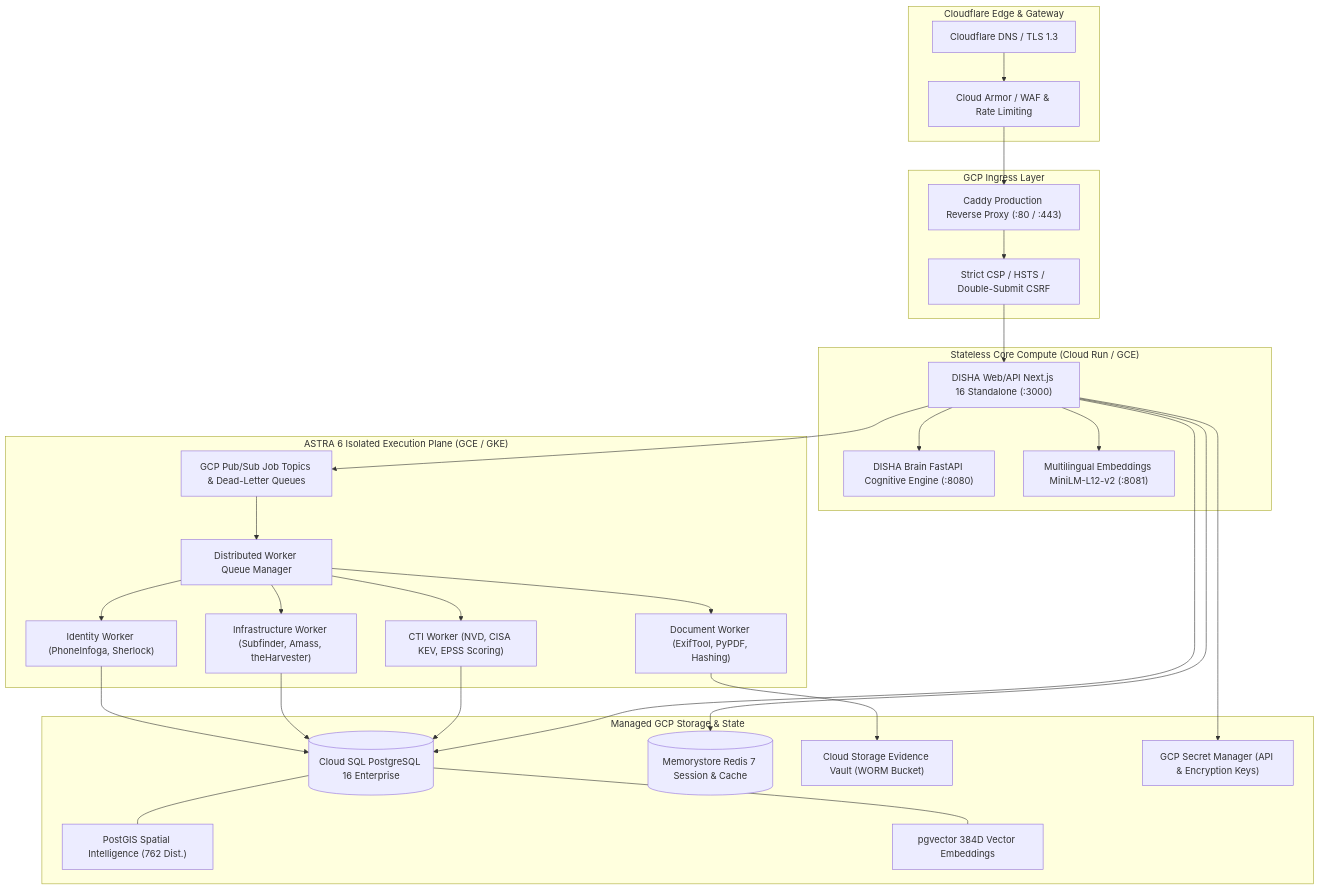
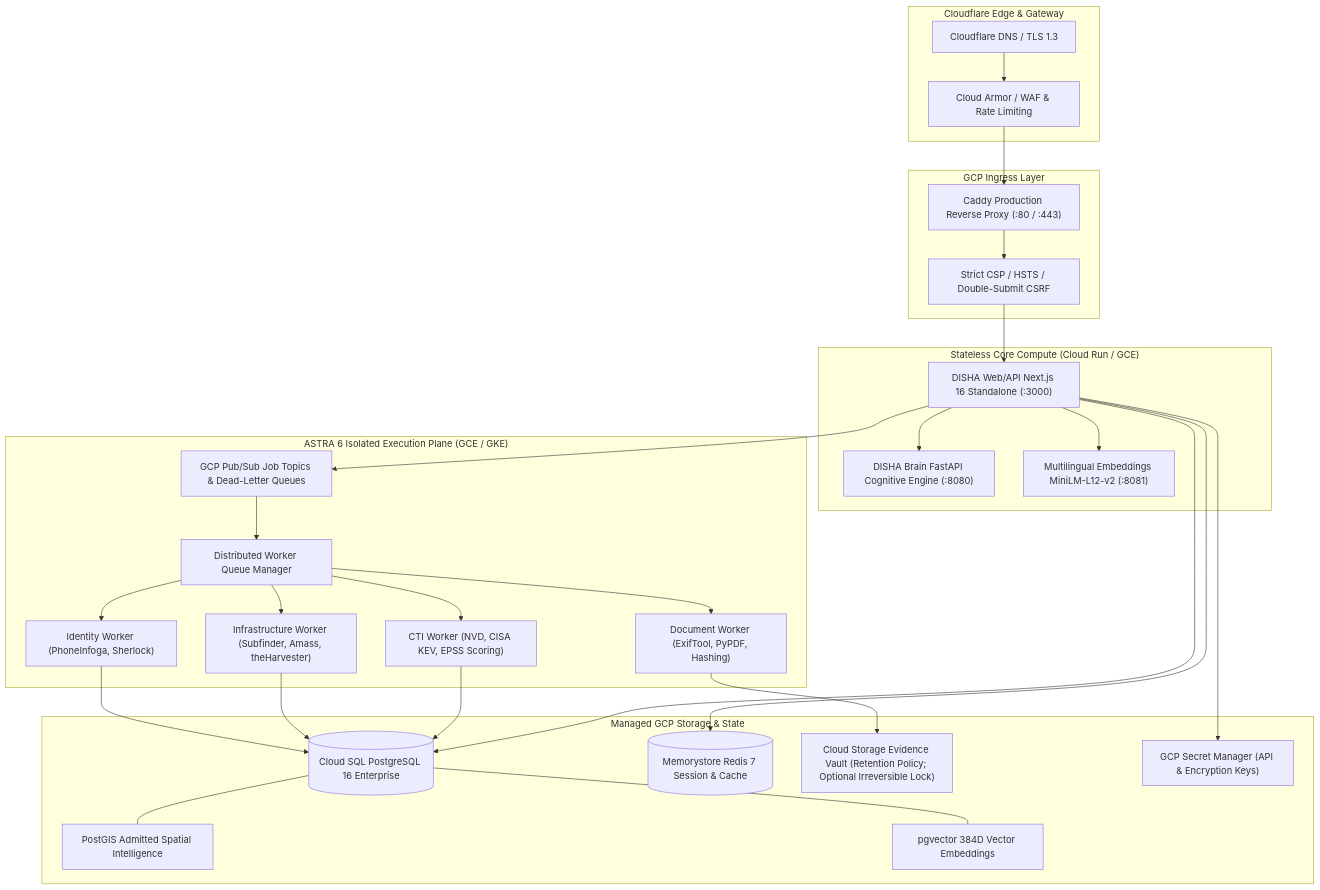
One commit to Tashima-Tarsh/Disha6.6 changed the diagram in README.md. Above: the diagram before and after it, drawn with Mermaid. The commit also changed other lines of this file, not shown here.

Commit message:
Align production README with implemented OSINT universe and evidence guarantees

````diff
--- a/README.md
+++ b/README.md
@@ -68,54 +53,54 @@
 ```mermaid
 flowchart TB
     subgraph Edge ["Cloudflare Edge & Gateway"]
         CF_DNS["Cloudflare DNS / TLS 1.3"]
         CF_WAF["Cloud Armor / WAF & Rate Limiting"]
     end
 
     subgraph Ingress ["GCP Ingress Layer"]
         Caddy["Caddy Production Reverse Proxy (:80 / :443)"]
         SecHeaders["Strict CSP / HSTS / Double-Submit CSRF"]
     end
 
     subgraph AppLayer ["Stateless Core Compute (Cloud Run / GCE)"]
         Web["DISHA Web/API Next.js 16 Standalone (:3000)"]
         Brain["DISHA Brain FastAPI Cognitive Engine (:8080)"]
         Embed["Multilingual Embeddings MiniLM-L12-v2 (:8081)"]
     end
 
     subgraph WorkerPlane ["ASTRA 6 Isolated Execution Plane (GCE / GKE)"]
         PubSub["GCP Pub/Sub Job Topics & Dead-Letter Queues"]
         WorkerQueue["Distributed Worker Queue Manager"]
         IdWorker["Identity Worker (PhoneInfoga, Sherlock)"]
         InfraWorker["Infrastructure Worker (Subfinder, Amass, theHarvester)"]
         DocWorker["Document Worker (ExifTool, PyPDF, Hashing)"]
         CtiWorker["CTI Worker (NVD, CISA KEV, EPSS Scoring)"]
     end
 
     subgraph Persistence ["Managed GCP Storage & State"]
         CloudSQL[("Cloud SQL PostgreSQL 16 Enterprise")]
-        PostGIS["PostGIS Spatial Intelligence (762 Dist.)"]
+        PostGIS["PostGIS Admitted Spatial Intelligence"]
         PgVector["pgvector 384D Vector Embeddings"]
         Redis[("Memorystore Redis 7 Session & Cache")]
-        VaultBucket["Cloud Storage Evidence Vault (WORM Bucket)"]
+        VaultBucket["Cloud Storage Evidence Vault (Retention Policy; Optional Irreversible Lock)"]
         Secrets["GCP Secret Manager (API & Encryption Keys)"]
     end
 
     CF_DNS --> CF_WAF --> Caddy --> SecHeaders --> Web
     Web --> Brain
     Web --> Embed
     Web --> PubSub --> WorkerQueue
     WorkerQueue --> IdWorker
     WorkerQueue --> InfraWorker
     WorkerQueue --> DocWorker
     WorkerQueue --> CtiWorker
     IdWorker --> CloudSQL
     InfraWorker --> CloudSQL
     DocWorker --> VaultBucket
     CtiWorker --> CloudSQL
     Web --> CloudSQL
     Web --> Redis
     CloudSQL --- PostGIS
     CloudSQL --- PgVector
     Web --> Secrets
 ```
````
